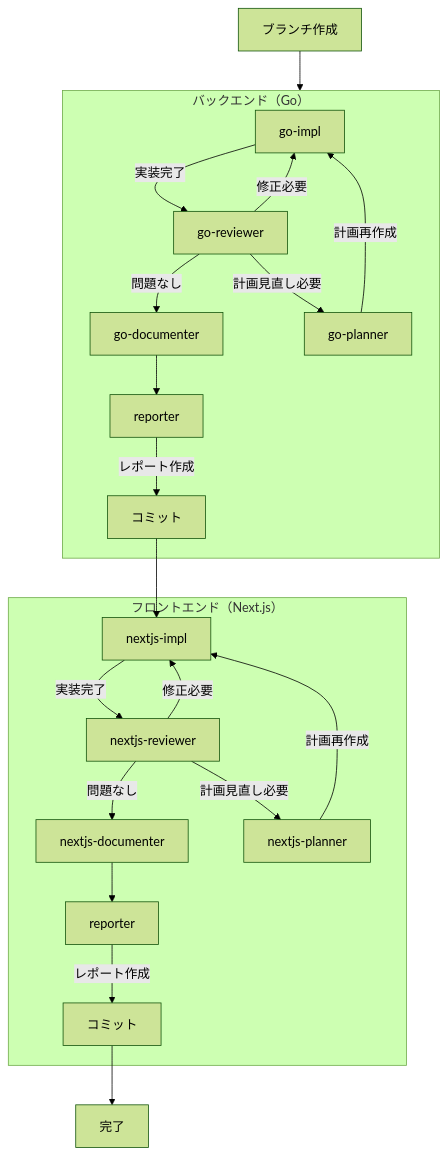
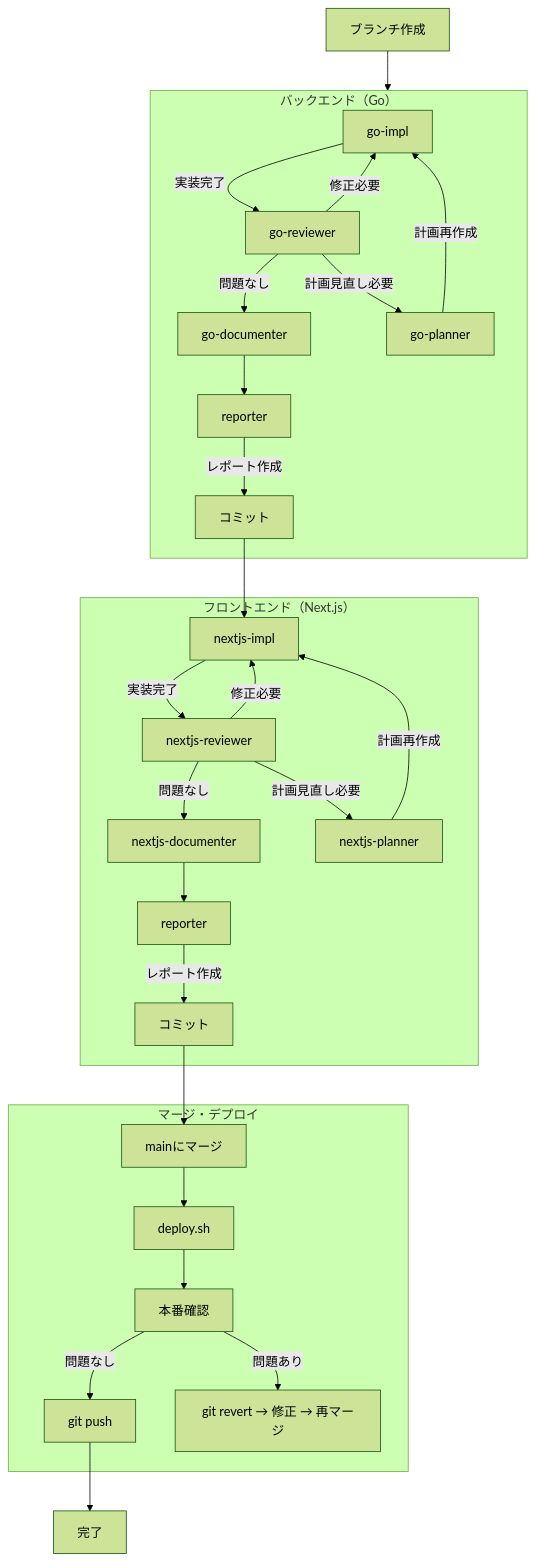
The diagram in .claude/commands/fullstack.md (nyan-tama/Ghostrunner), drawn with Mermaid (forest theme) before and after one commit. The commit also changed other lines of this file and 6 other files, not shown here.

````diff
--- a/.claude/commands/fullstack.md
+++ b/.claude/commands/fullstack.md
@@ -13,27 +13,35 @@
 ```mermaid
 flowchart TD
     Start[ブランチ作成] --> Backend
 
     subgraph Backend["バックエンド（Go）"]
         A[go-impl] -->|実装完了| B[go-reviewer]
         B -->|問題なし| C[go-documenter]
         B -->|修正必要| A
         B -->|計画見直し必要| D[go-planner]
         D -->|計画再作成| A
         C --> E[reporter]
         E -->|レポート作成| F[コミット]
     end
 
     subgraph Frontend["フロントエンド（Next.js）"]
         G[nextjs-impl] -->|実装完了| H[nextjs-reviewer]
         H -->|問題なし| I[nextjs-documenter]
         H -->|修正必要| G
         H -->|計画見直し必要| J[nextjs-planner]
         J -->|計画再作成| G
         I --> K[reporter]
         K -->|レポート作成| L[コミット]
     end
 
+    subgraph Deploy["マージ・デプロイ"]
+        N[mainにマージ] --> O[deploy.sh]
+        O --> P[本番確認]
+        P -->|問題なし| Q[git push]
+        P -->|問題あり| R[git revert → 修正 → 再マージ]
+    end
+
     F --> G
-    L --> M[完了]
+    L --> N
+    Q --> M[完了]
 ```
````
